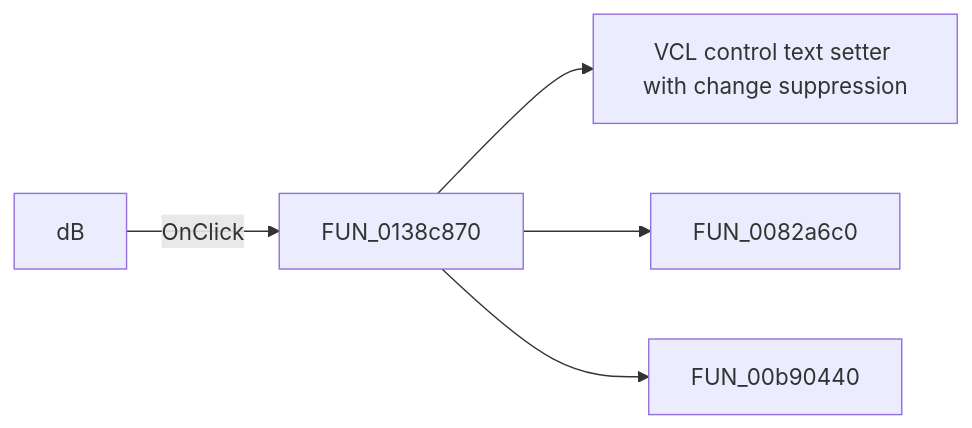
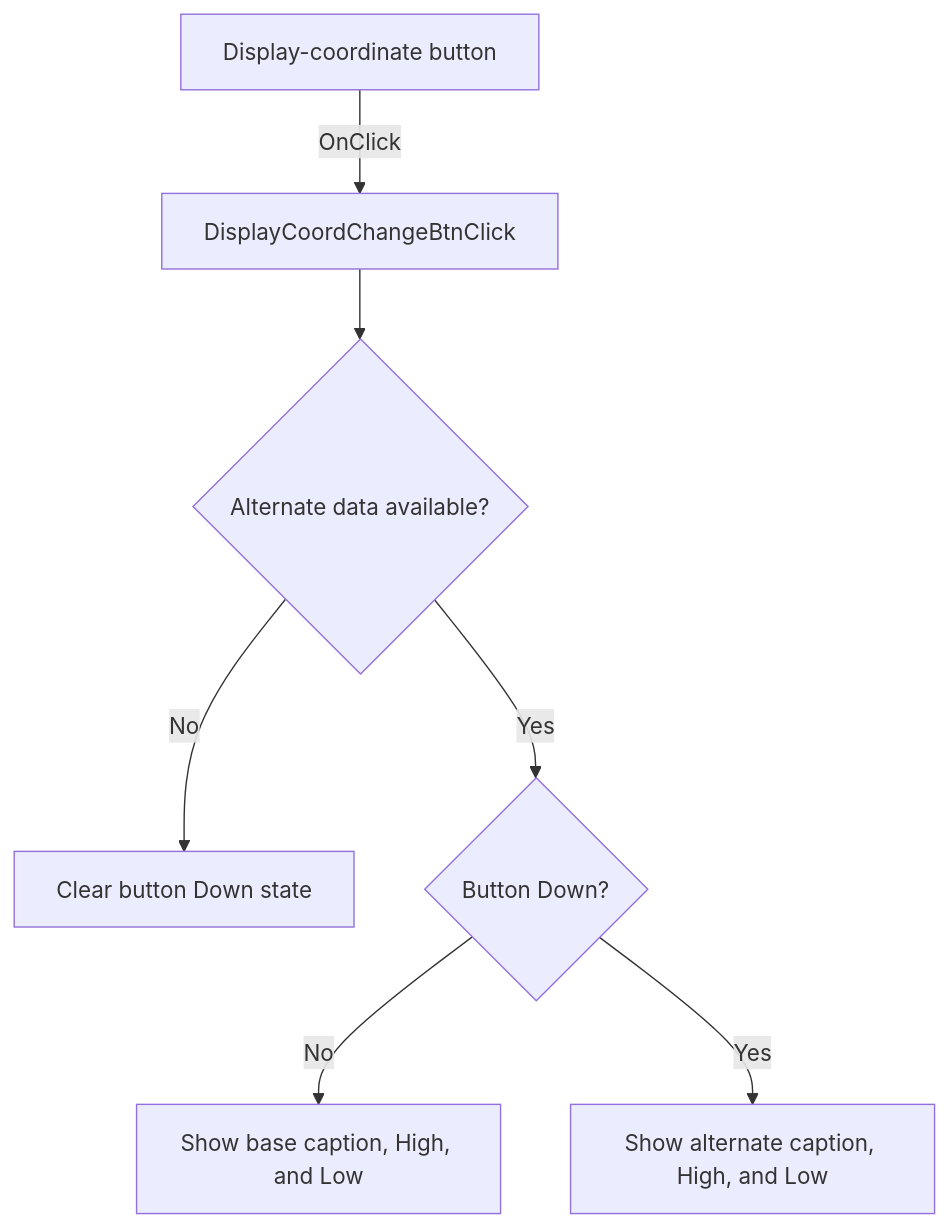
Before and after one commit to MovGP0/TIARA: the diagram in docs/ui-controls/signalanalyzerwin/displaycoordchangebtn-310440af23.md, drawn with Mermaid. The commit also changed other lines of this file and 1062 other files, not shown here.

````diff
--- a/docs/ui-controls/signalanalyzerwin/displaycoordchangebtn-310440af23.md
+++ b/docs/ui-controls/signalanalyzerwin/displaycoordchangebtn-310440af23.md
@@ -27,7 +29,9 @@
 ```mermaid
-flowchart LR
-    control["dB"] -->|OnClick| handler["FUN_0138c870"]
-    handler --> call1["VCL control text setter with change suppression"]
-    handler --> call2["FUN_0082a6c0"]
-    handler --> call3["FUN_00b90440"]
+flowchart TD
+    control["Display-coordinate button"] -->|OnClick| handler["DisplayCoordChangeBtnClick"]
+    handler --> alternate{"Alternate data available?"}
+    alternate -->|No| clear["Clear button Down state"]
+    alternate -->|Yes| state{"Button Down?"}
+    state -->|No| base["Show base caption, High, and Low"]
+    state -->|Yes| alt["Show alternate caption, High, and Low"]
 ```
````
